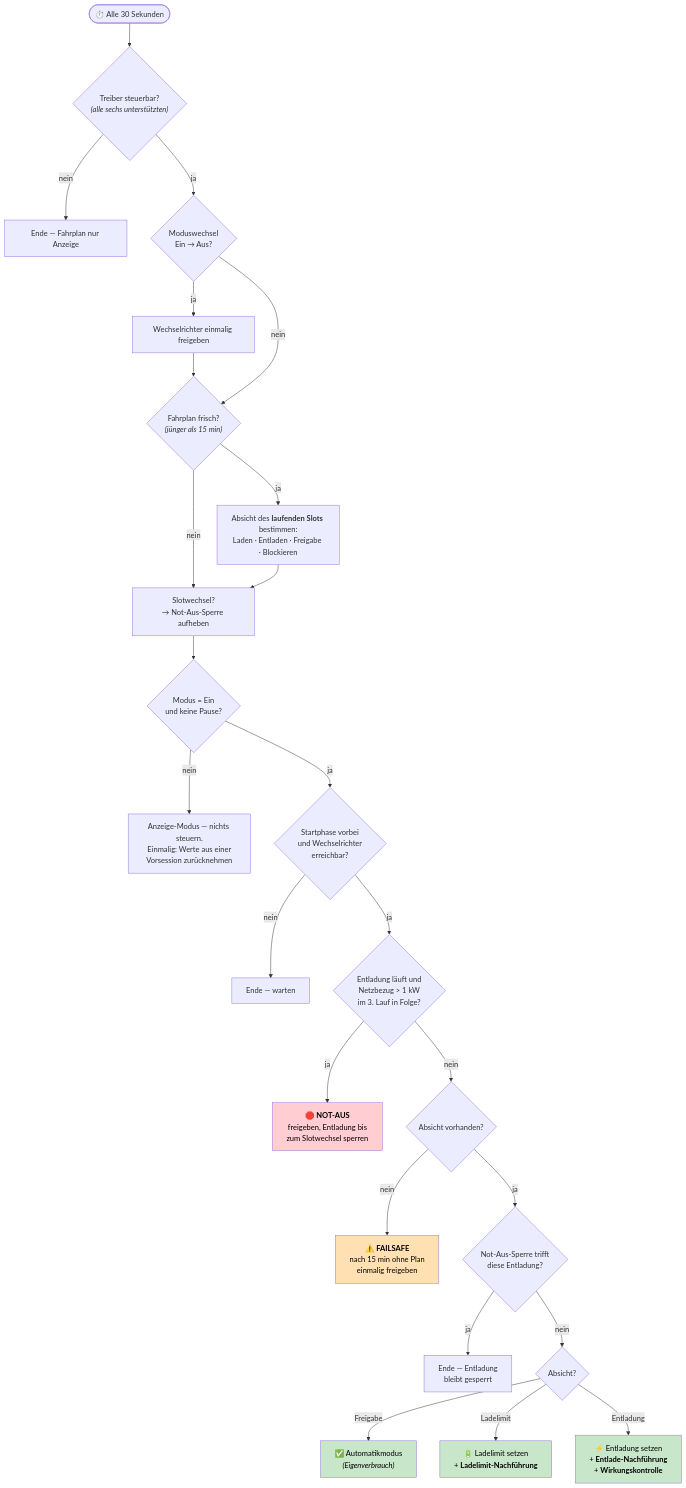
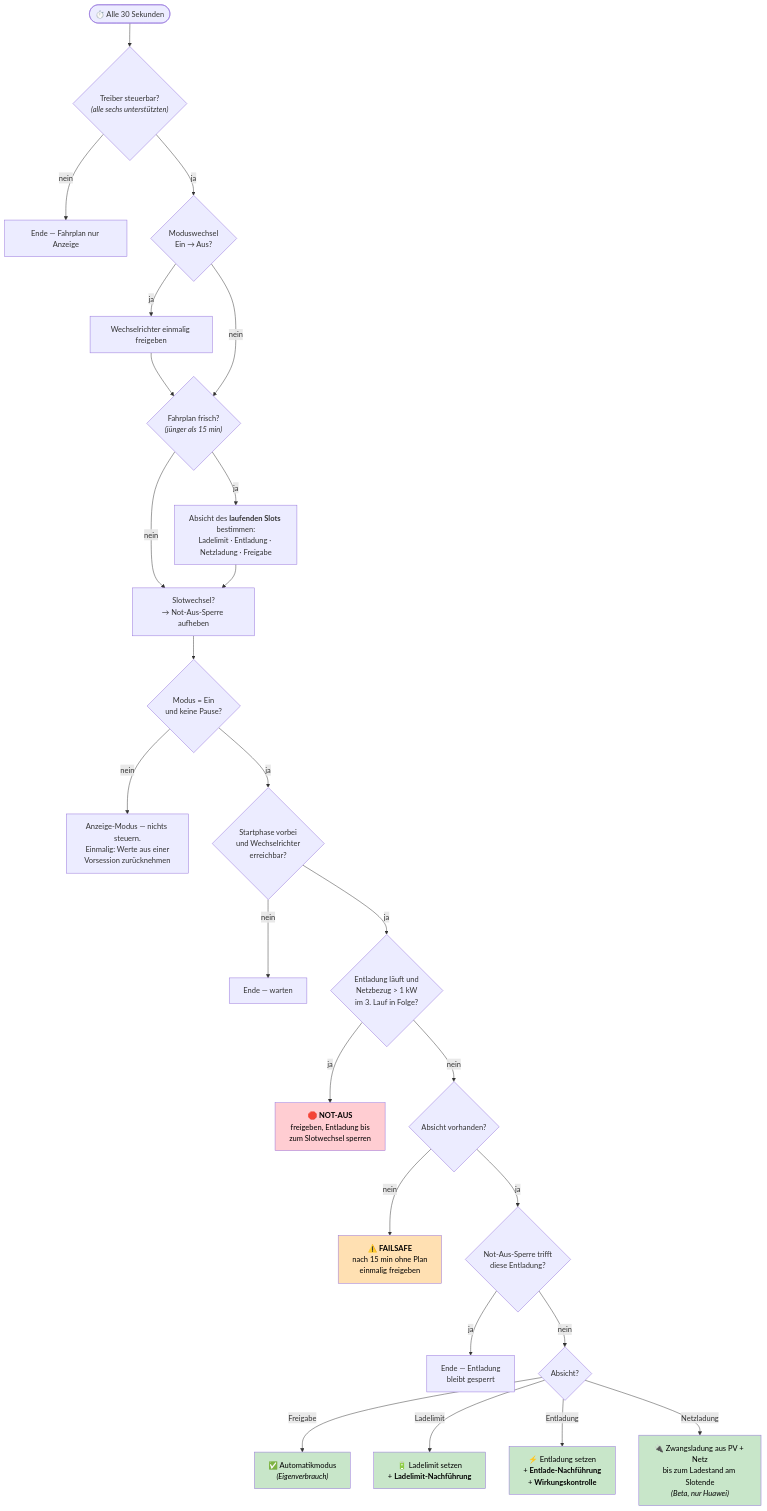
One commit to RobertHell82/EEGEnergyOptimizer2 changed the second of 2 diagrams in docs/steuerung.md. Above: the diagram before and after it, drawn with Mermaid. The commit also changed other lines of this file and 21 other files, not shown here.

````diff
--- a/docs/steuerung.md
+++ b/docs/steuerung.md
@@ -37,31 +65,33 @@
 ```mermaid
 flowchart TD
     START(["⏱️ Alle 30 Sekunden"]) --> SUP{"Treiber steuerbar?<br/><i>(alle sechs unterstützten)</i>"}
     SUP -- "nein" --> E1["Ende — Fahrplan nur Anzeige"]
     SUP -- "ja" --> WECHSEL{"Moduswechsel<br/>Ein → Aus?"}
     WECHSEL -- "ja" --> REL["Wechselrichter einmalig freigeben"] --> FRISCH
     WECHSEL -- "nein" --> FRISCH{"Fahrplan frisch?<br/><i>(jünger als 15 min)</i>"}
-    FRISCH -- "ja" --> ABSICHT["Absicht des <b>laufenden Slots</b> bestimmen:<br/>Laden · Entladen · Freigabe · Blockieren"]
+    FRISCH -- "ja" --> ABSICHT["Absicht des <b>laufenden Slots</b> bestimmen:<br/>Ladelimit · Entladung · Netzladung · Freigabe"]
     FRISCH -- "nein" --> SLOT
     ABSICHT --> SLOT["Slotwechsel?<br/>→ Not-Aus-Sperre aufheben"]
     SLOT --> MODUS{"Modus = Ein<br/>und keine Pause?"}
     MODUS -- "nein" --> E2["Anzeige-Modus — nichts steuern.<br/>Einmalig: Werte aus einer<br/>Vorsession zurücknehmen"]
     MODUS -- "ja" --> BEREIT{"Startphase vorbei<br/>und Wechselrichter<br/>erreichbar?"}
     BEREIT -- "nein" --> E3["Ende — warten"]
     BEREIT -- "ja" --> NOTAUS{"Entladung läuft und<br/>Netzbezug &gt; 1 kW<br/>im 3. Lauf in Folge?"}
     NOTAUS -- "ja" --> NA["🛑 <b>NOT-AUS</b><br/>freigeben, Entladung bis<br/>zum Slotwechsel sperren"]
     NOTAUS -- "nein" --> PLAN{"Absicht vorhanden?"}
     PLAN -- "nein" --> FS["⚠️ <b>FAILSAFE</b><br/>nach 15 min ohne Plan<br/>einmalig freigeben"]
     PLAN -- "ja" --> SPERRE{"Not-Aus-Sperre trifft<br/>diese Entladung?"}
     SPERRE -- "ja" --> E4["Ende — Entladung<br/>bleibt gesperrt"]
     SPERRE -- "nein" --> AKTION{"Absicht?"}
     AKTION -- "Freigabe" --> AF["✅ Automatikmodus<br/><i>(Eigenverbrauch)</i>"]
     AKTION -- "Ladelimit" --> AL["🔋 Ladelimit setzen<br/>+ <b>Ladelimit-Nachführung</b>"]
     AKTION -- "Entladung" --> AE["⚡ Entladung setzen<br/>+ <b>Entlade-Nachführung</b><br/>+ <b>Wirkungskontrolle</b>"]
+    AKTION -- "Netzladung" --> AN["🔌 Zwangsladung aus PV + Netz<br/>bis zum Ladestand am Slotende<br/><i>(Beta, nur Huawei)</i>"]
 
     style NA fill:#ffcdd2,color:#000
     style FS fill:#ffe0b2,color:#000
     style AF fill:#c8e6c9,color:#000
     style AL fill:#c8e6c9,color:#000
     style AE fill:#c8e6c9,color:#000
+    style AN fill:#c8e6c9,color:#000
 ```
````
